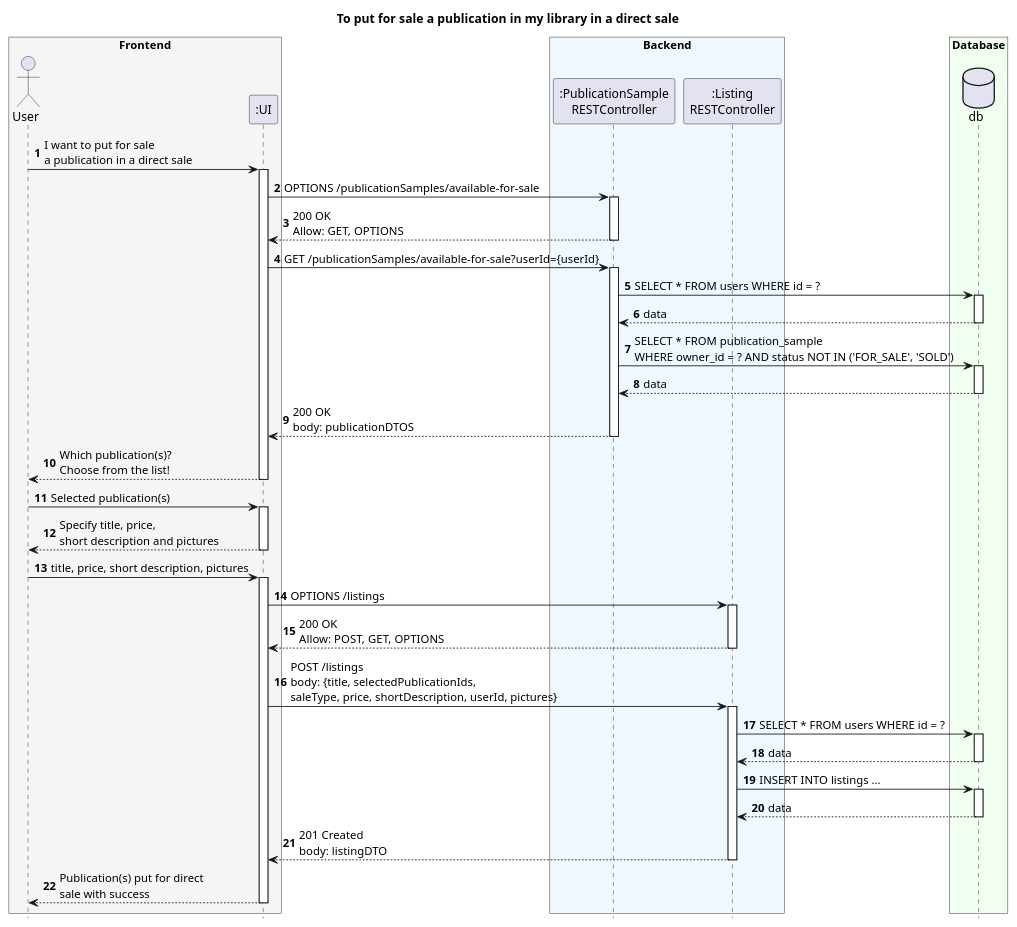
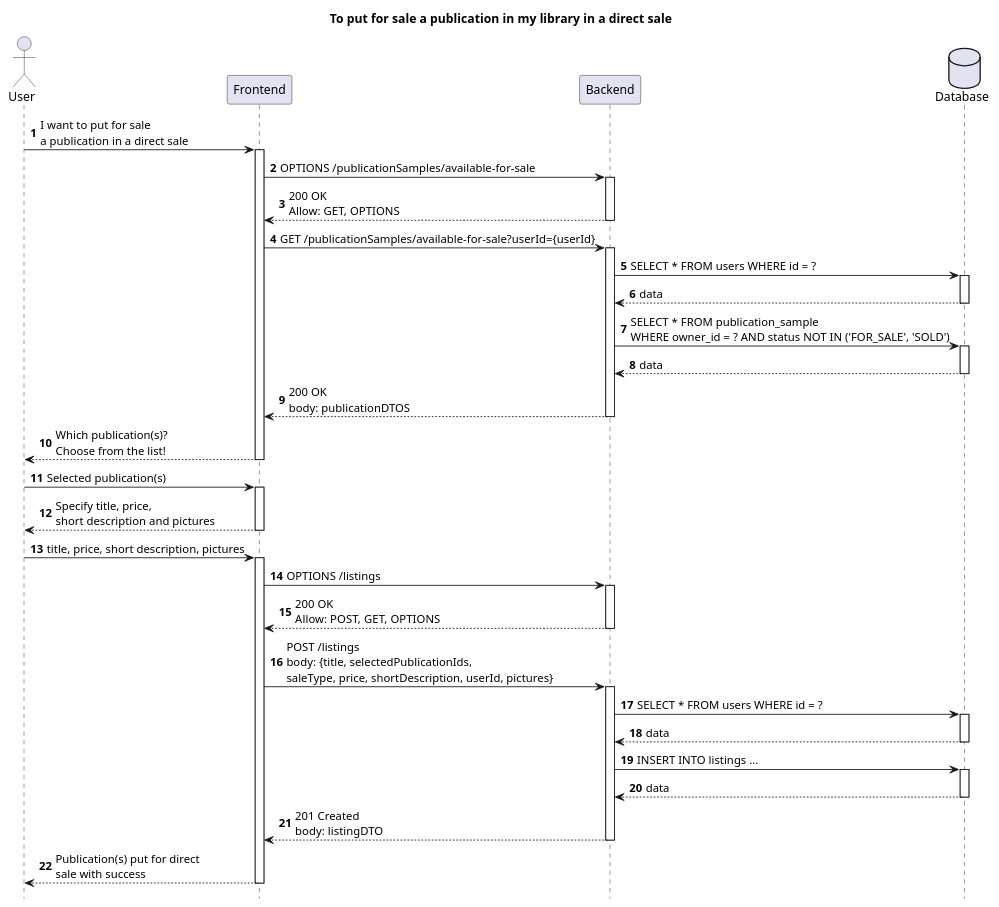
The diagram in Diagrams/SequenceDiagrams/To-put-for-sale-a-publication-in-my-library-in-a-direct-sale/N2/Frontend-Backend-Database.puml (AndrePereiraGitH/SWitCH-Project-Team_A), drawn with PlantUML before and after one commit.

Commit message:
docs #1070: updated SD N2 for feature To-put-for-sale-a-publication-in-my-library-in-a-direct-sale

```diff
--- a/Diagrams/SequenceDiagrams/To-put-for-sale-a-publication-in-my-library-in-a-direct-sale/N2/Frontend-Backend-Database.puml
+++ b/Diagrams/SequenceDiagrams/To-put-for-sale-a-publication-in-my-library-in-a-direct-sale/N2/Frontend-Backend-Database.puml
@@ -1,81 +1,72 @@
 @startuml
 autonumber
 hide footbox
 title To put for sale a publication in my library in a direct sale
 
-box "Frontend" #whitesmoke
 actor User
-participant ":UI" as UI
-end box
-
-box "Backend" #aliceblue
-participant ":PublicationSample\nRESTController" as PSCtrl
-participant ":Listing\nRESTController" as ListCtrl
-end box
-
-box "Database" #honeydew
-database "db" as db
-end box
+participant "Frontend" as FE
+participant "Backend" as BE
+database "Database" as db
 
 ' ==========================================
 ' 1 — Find available publications for sale
 ' ==========================================
 
-User -> UI : I want to put for sale\na publication in a direct sale
-activate UI
+User -> FE : I want to put for sale\na publication in a direct sale
+activate FE
 
-UI -> PSCtrl : OPTIONS /publicationSamples/available-for-sale
-activate PSCtrl
-PSCtrl --> UI : 200 OK\nAllow: GET, OPTIONS
-deactivate PSCtrl
+FE -> BE : OPTIONS /publicationSamples/available-for-sale
+activate BE
+BE --> FE : 200 OK\nAllow: GET, OPTIONS
+deactivate BE
 
-UI -> PSCtrl : GET /publicationSamples/available-for-sale?userId={userId}
-activate PSCtrl
-PSCtrl -> db : SELECT * FROM users WHERE id = ?
+FE -> BE : GET /publicationSamples/available-for-sale?userId={userId}
+activate BE
+BE -> db : SELECT * FROM users WHERE id = ?
 activate db
-db --> PSCtrl : data
+db --> BE : data
 deactivate db
-PSCtrl -> db : SELECT * FROM publication_sample\nWHERE owner_id = ? AND status NOT IN ('FOR_SALE', 'SOLD')
+BE -> db : SELECT * FROM publication_sample\nWHERE owner_id = ? AND status NOT IN ('FOR_SALE', 'SOLD')
 activate db
-db --> PSCtrl : data
+db --> BE : data
 deactivate db
-PSCtrl --> UI : 200 OK\nbody: publicationDTOS
-deactivate PSCtrl
+BE --> FE : 200 OK\nbody: publicationDTOS
+deactivate BE
 
-UI --> User : Which publication(s)?\nChoose from the list!
-deactivate UI
+FE --> User : Which publication(s)?\nChoose from the list!
+deactivate FE
 
 ' ==========================================
 ' 2 — Create direct sale listing
 ' ==========================================
 
-User -> UI : Selected publication(s)
-activate UI
-UI --> User : Specify title, price,\nshort description and pictures
-deactivate UI
+User -> FE : Selected publication(s)
+activate FE
+FE --> User : Specify title, price,\nshort description and pictures
+deactivate FE
 
-User -> UI : title, price, short description, pictures
-activate UI
+User -> FE : title, price, short description, pictures
+activate FE
 
-UI -> ListCtrl : OPTIONS /listings
-activate ListCtrl
-ListCtrl --> UI : 200 OK\nAllow: POST, GET, OPTIONS
-deactivate ListCtrl
+FE -> BE : OPTIONS /listings
+activate BE
+BE --> FE : 200 OK\nAllow: POST, GET, OPTIONS
+deactivate BE
 
-UI -> ListCtrl : POST /listings\nbody: {title, selectedPublicationIds,\nsaleType, price, shortDescription, userId, pictures}
-activate ListCtrl
-ListCtrl -> db : SELECT * FROM users WHERE id = ?
+FE -> BE : POST /listings\nbody: {title, selectedPublicationIds,\nsaleType, price, shortDescription, userId, pictures}
+activate BE
+BE -> db : SELECT * FROM users WHERE id = ?
 activate db
-db --> ListCtrl : data
+db --> BE : data
 deactivate db
-ListCtrl -> db : INSERT INTO listings ...
+BE -> db : INSERT INTO listings ...
 activate db
-db --> ListCtrl : data
+db --> BE : data
 deactivate db
-ListCtrl --> UI : 201 Created\nbody: listingDTO
-deactivate ListCtrl
+BE --> FE : 201 Created\nbody: listingDTO
+deactivate BE
 
-UI --> User : Publication(s) put for direct\nsale with success
-deactivate UI
+FE --> User : Publication(s) put for direct\nsale with success
+deactivate FE
 
 @enduml
```
